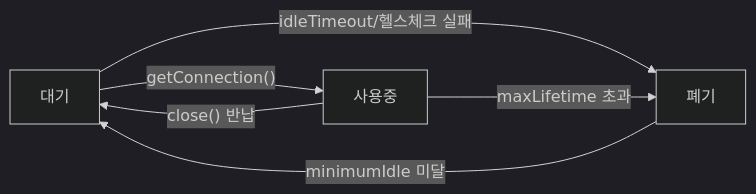
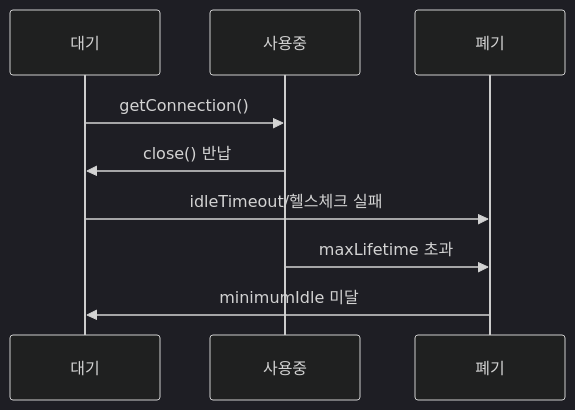
The second of 4 diagrams in _posts/db/2026-05-01-db-connection-pool.md (yjkim2015/yjkim2015.github.io), drawn with Mermaid (dark theme) before and after one commit. The commit also changed other lines of this file and 89 other files, not shown here.

First line of the commit message:
복잡한 flowchart 163개 → sequenceDiagram 변환 (90파일)

````diff
--- a/_posts/db/2026-05-01-db-connection-pool.md
+++ b/_posts/db/2026-05-01-db-connection-pool.md
@@ -67,11 +60,8 @@
 ```mermaid
-graph LR
-    대기["대기"]
-    사용중["사용중"]
-    폐기["폐기"]
-    대기 -->|"getConnection()"| 사용중
-    사용중 -->|"close() 반납"| 대기
-    대기 -->|"idleTimeout/헬스체크 실패"| 폐기
-    사용중 -->|"maxLifetime 초과"| 폐기
-    폐기 -->|"minimumIdle 미달"| 대기
+sequenceDiagram
+    대기->>사용중: getConnection()
+    사용중->>대기: close() 반납
+    대기->>폐기: idleTimeout/헬스체크 실패
+    사용중->>폐기: maxLifetime 초과
+    폐기->>대기: minimumIdle 미달
 ```
````
